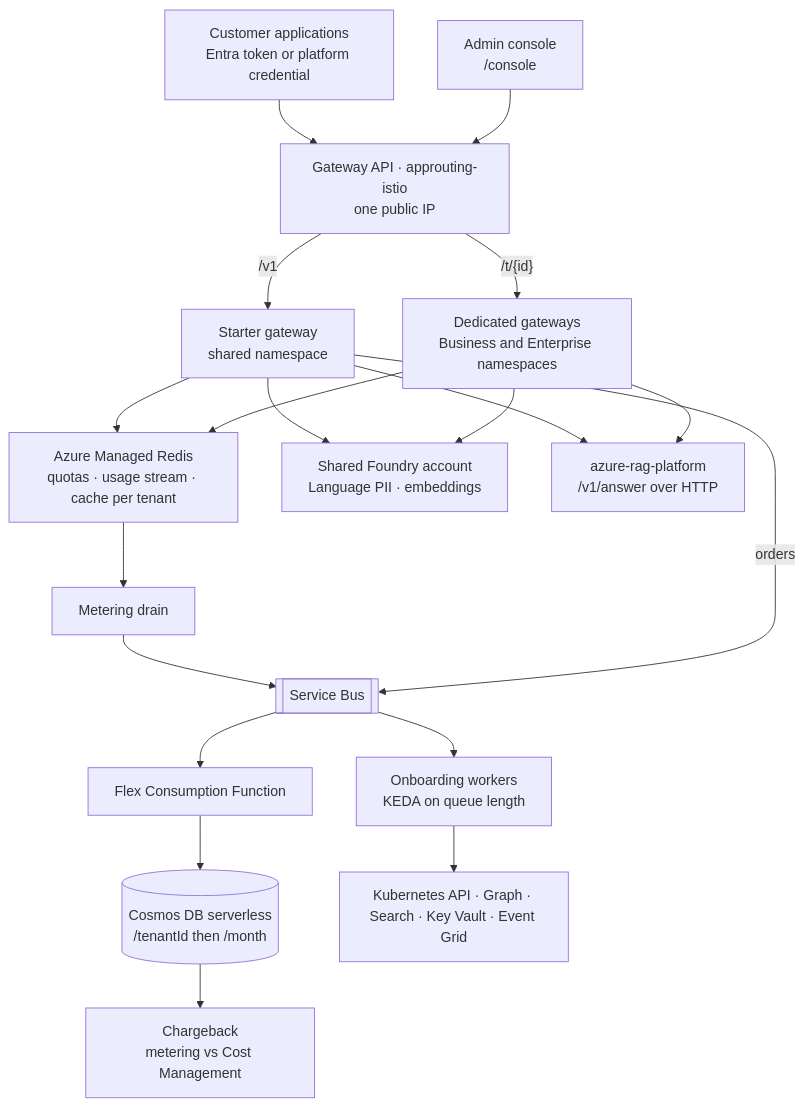
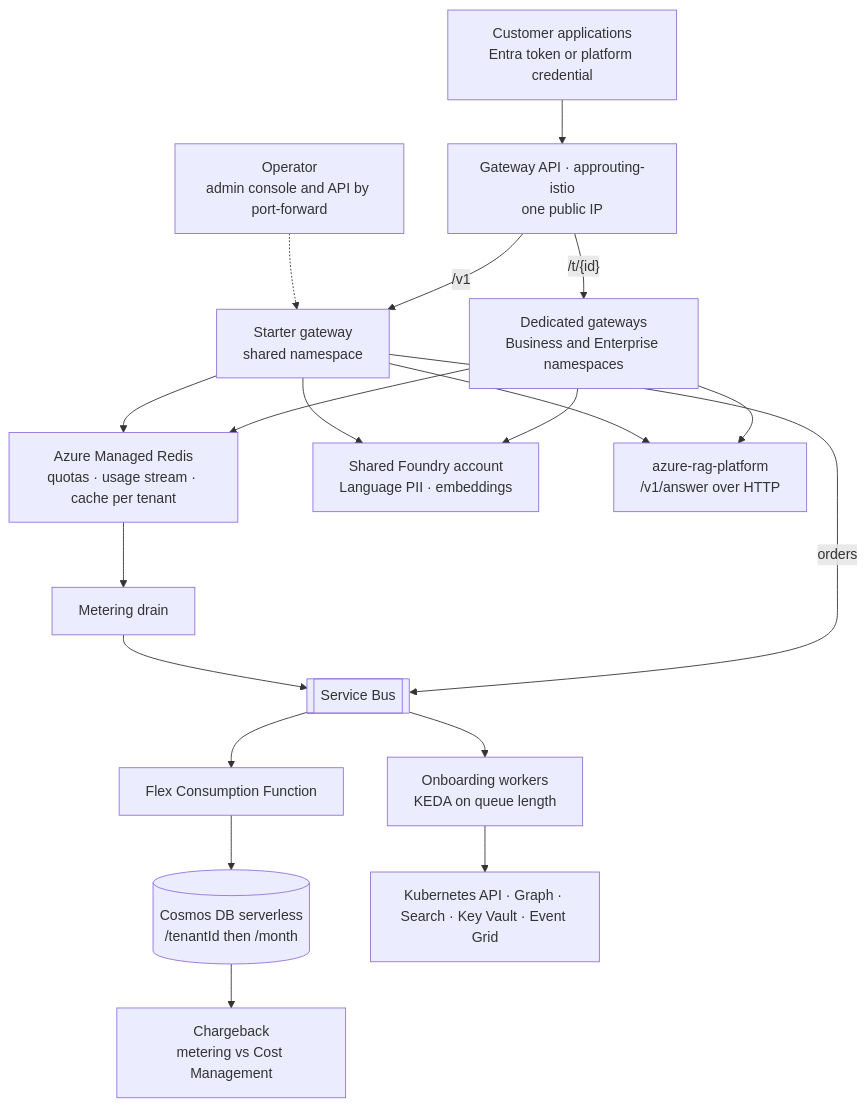
One commit to Rodrigo-GomezdelMoral/azure-ai-saas-platform changed the diagram in README.md. Above: the diagram before and after it, drawn with Mermaid. The commit also changed other lines of this file and 12 other files, not shown here.

Commit message:
take the admin API off the public listener and correct the load texts

````diff
--- a/README.md
+++ b/README.md
@@ -29,17 +29,17 @@
 ```mermaid
 graph TB
     C["Customer applications<br/>Entra token or platform credential"] --> GW["Gateway API · approuting-istio<br/>one public IP"]
-    ADM["Admin console<br/>/console"] --> GW
+    ADM["Operator<br/>admin console and API by port-forward"] -.-> S
     GW -->|"/v1"| S["Starter gateway<br/>shared namespace"]
     GW -->|"/t/{id}"| D["Dedicated gateways<br/>Business and Enterprise namespaces"]
     S --> R["Azure Managed Redis<br/>quotas · usage stream · cache per tenant"]
     D --> R
     S --> F["Shared Foundry account<br/>Language PII · embeddings"]
     D --> F
     S --> RAG["azure-rag-platform<br/>/v1/answer over HTTP"]
     D --> RAG
     R --> MD["Metering drain"] --> SB[["Service Bus"]] --> FN["Flex Consumption Function"] --> COS[("Cosmos DB serverless<br/>/tenantId then /month")]
     S -->|"orders"| SB --> ONB["Onboarding workers<br/>KEDA on queue length"]
     ONB --> K8S["Kubernetes API · Graph · Search · Key Vault · Event Grid"]
     COS --> CB["Chargeback<br/>metering vs Cost Management"]
 ```
````
